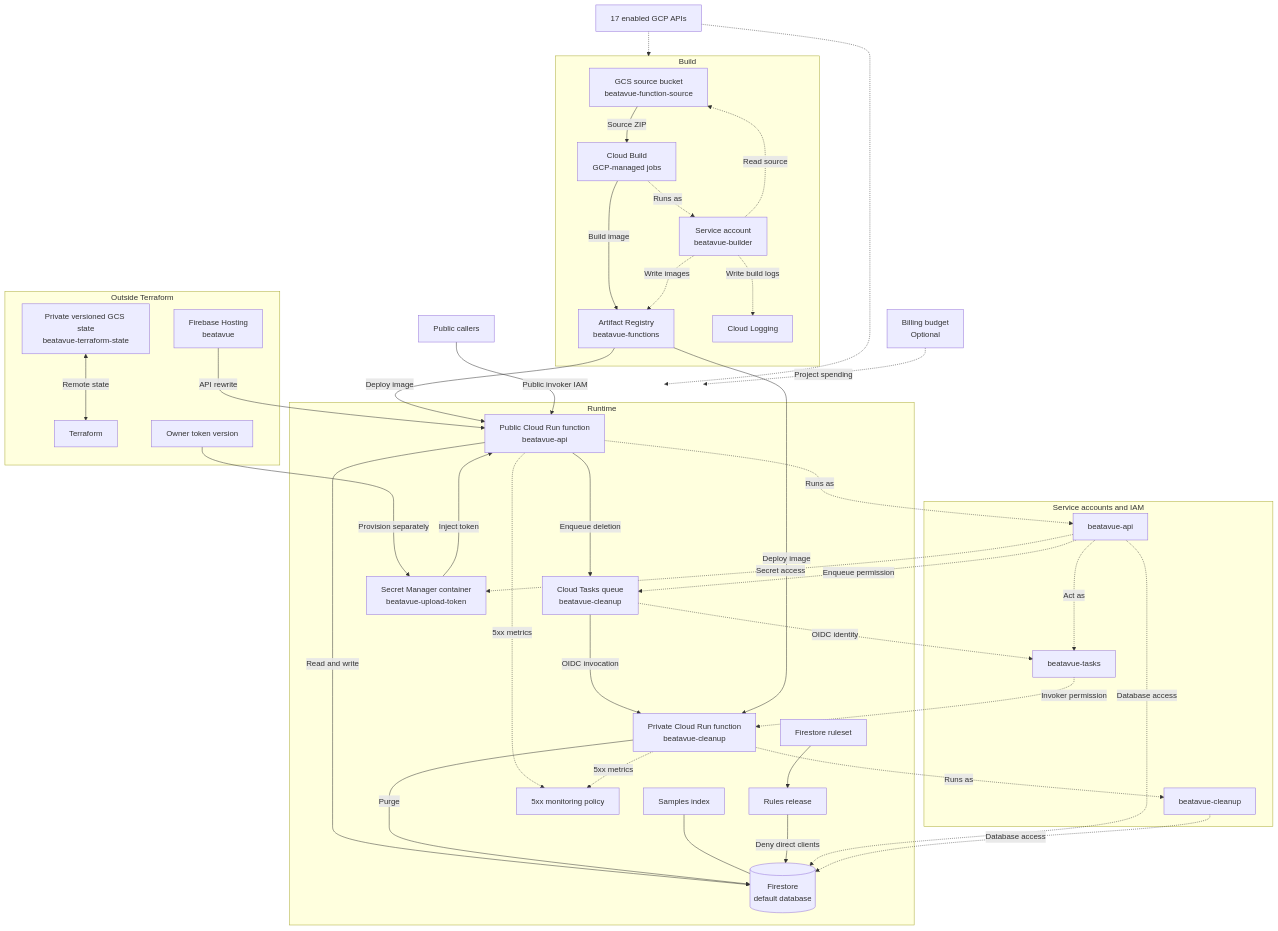
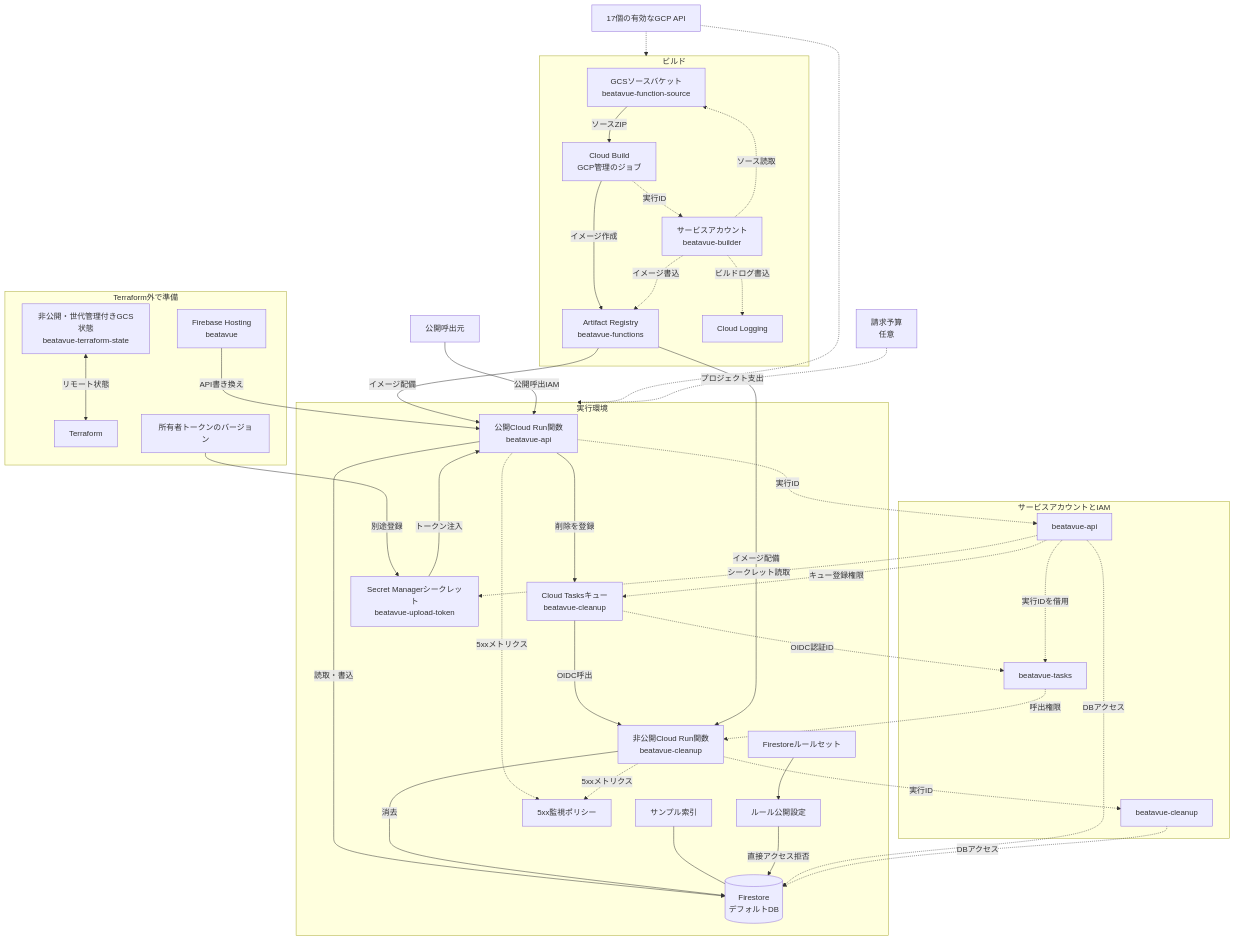
The diagram in infra/README.md (jinyongnan810/Beatavue), drawn with Mermaid before and after one commit. The commit also changed other lines of this file and 15 other files, not shown here.

````diff
--- a/infra/README.md
+++ b/infra/README.md
@@ -7,69 +7,69 @@
 ```mermaid
 flowchart TB
-    subgraph Build[Build]
-        Source["GCS source bucket<br/>beatavue-function-source"]
-        Builder["Service account<br/>beatavue-builder"]
-        BuildJob["Cloud Build<br/>GCP-managed jobs"]
+    subgraph Build[ビルド]
+        Source["GCSソースバケット<br/>beatavue-function-source"]
+        Builder["サービスアカウント<br/>beatavue-builder"]
+        BuildJob["Cloud Build<br/>GCP管理のジョブ"]
         Images["Artifact Registry<br/>beatavue-functions"]
-        Source -->|Source ZIP| BuildJob
-        BuildJob -->|Build image| Images
-        BuildJob -.->|Runs as| Builder
-        Builder -.->|Read source| Source
-        Builder -.->|Write images| Images
-        Builder -.->|Write build logs| Logs[Cloud Logging]
+        Source -->|ソースZIP| BuildJob
+        BuildJob -->|イメージ作成| Images
+        BuildJob -.->|実行ID| Builder
+        Builder -.->|ソース読取| Source
+        Builder -.->|イメージ書込| Images
+        Builder -.->|ビルドログ書込| Logs[Cloud Logging]
     end
 
-    subgraph Runtime[Runtime]
-        API["Public Cloud Run function<br/>beatavue-api"]
-        Queue["Cloud Tasks queue<br/>beatavue-cleanup"]
-        Worker["Private Cloud Run function<br/>beatavue-cleanup"]
-        DB[("Firestore<br/>default database")]
-        Secret["Secret Manager container<br/>beatavue-upload-token"]
-        Index[Samples index]
-        Rules[Firestore ruleset]
-        Release[Rules release]
-        Alert[5xx monitoring policy]
-        API -->|Read and write| DB
-        API -->|Enqueue deletion| Queue
-        Queue -->|OIDC invocation| Worker
-        Worker -->|Purge| DB
-        Secret -->|Inject token| API
+    subgraph Runtime[実行環境]
+        API["公開Cloud Run関数<br/>beatavue-api"]
+        Queue["Cloud Tasksキュー<br/>beatavue-cleanup"]
+        Worker["非公開Cloud Run関数<br/>beatavue-cleanup"]
+        DB[("Firestore<br/>デフォルトDB")]
+        Secret["Secret Managerシークレット<br/>beatavue-upload-token"]
+        Index[サンプル索引]
+        Rules[Firestoreルールセット]
+        Release[ルール公開設定]
+        Alert[5xx監視ポリシー]
+        API -->|読取・書込| DB
+        API -->|削除を登録| Queue
+        Queue -->|OIDC呼出| Worker
+        Worker -->|消去| DB
+        Secret -->|トークン注入| API
         Index --- DB
         Rules --> Release
-        Release -->|Deny direct clients| DB
-        API -.->|5xx metrics| Alert
-        Worker -.->|5xx metrics| Alert
+        Release -->|直接アクセス拒否| DB
+        API -.->|5xxメトリクス| Alert
+        Worker -.->|5xxメトリクス| Alert
     end
 
-    subgraph IAM[Service accounts and IAM]
+    subgraph IAM[サービスアカウントとIAM]
         ApiIdentity[beatavue-api]
         WorkerIdentity[beatavue-cleanup]
         TaskIdentity[beatavue-tasks]
-        API -.->|Runs as| ApiIdentity
-        Worker -.->|Runs as| WorkerIdentity
-        ApiIdentity -.->|Database access| DB
-        WorkerIdentity -.->|Database access| DB
-        ApiIdentity -.->|Secret access| Secret
-        ApiIdentity -.->|Enqueue permission| Queue
-        ApiIdentity -.->|Act as| TaskIdentity
-        Queue -.->|OIDC identity| TaskIdentity
-        TaskIdentity -.->|Invoker permission| Worker
+        API -.->|実行ID| ApiIdentity
+        Worker -.->|実行ID| WorkerIdentity
+        ApiIdentity -.->|DBアクセス| DB
+        WorkerIdentity -.->|DBアクセス| DB
+        ApiIdentity -.->|シークレット読取| Secret
+        ApiIdentity -.->|キュー登録権限| Queue
+        ApiIdentity -.->|実行IDを借用| TaskIdentity
+        Queue -.->|OIDC認証ID| TaskIdentity
+        TaskIdentity -.->|呼出権限| Worker
     end
 
-    Images -->|Deploy image| API
-    Images -->|Deploy image| Worker
-    Public[Public callers] -->|Public invoker IAM| API
-    Services[17 enabled GCP APIs] -.-> Build
+    Images -->|イメージ配備| API
+    Images -->|イメージ配備| Worker
+    Public[公開呼出元] -->|公開呼出IAM| API
+    Services[17個の有効なGCP API] -.-> Build
     Services -.-> Runtime
-    Budget["Billing budget<br/>Optional"] -.->|Project spending| Runtime
+    Budget["請求予算<br/>任意"] -.->|プロジェクト支出| Runtime
 
-    subgraph Bootstrap[Outside Terraform]
-        State["Private versioned GCS state<br/>beatavue-terraform-state"]
+    subgraph Bootstrap[Terraform外で準備]
+        State["非公開・世代管理付きGCS状態<br/>beatavue-terraform-state"]
         Terraform[Terraform]
         Hosting["Firebase Hosting<br/>beatavue"]
-        Token[Owner token version]
-        State <-->|Remote state| Terraform
-        Hosting -->|API rewrite| API
-        Token -->|Provision separately| Secret
+        Token[所有者トークンのバージョン]
+        State <-->|リモート状態| Terraform
+        Hosting -->|API書き換え| API
+        Token -->|別途登録| Secret
     end
 ```
````
